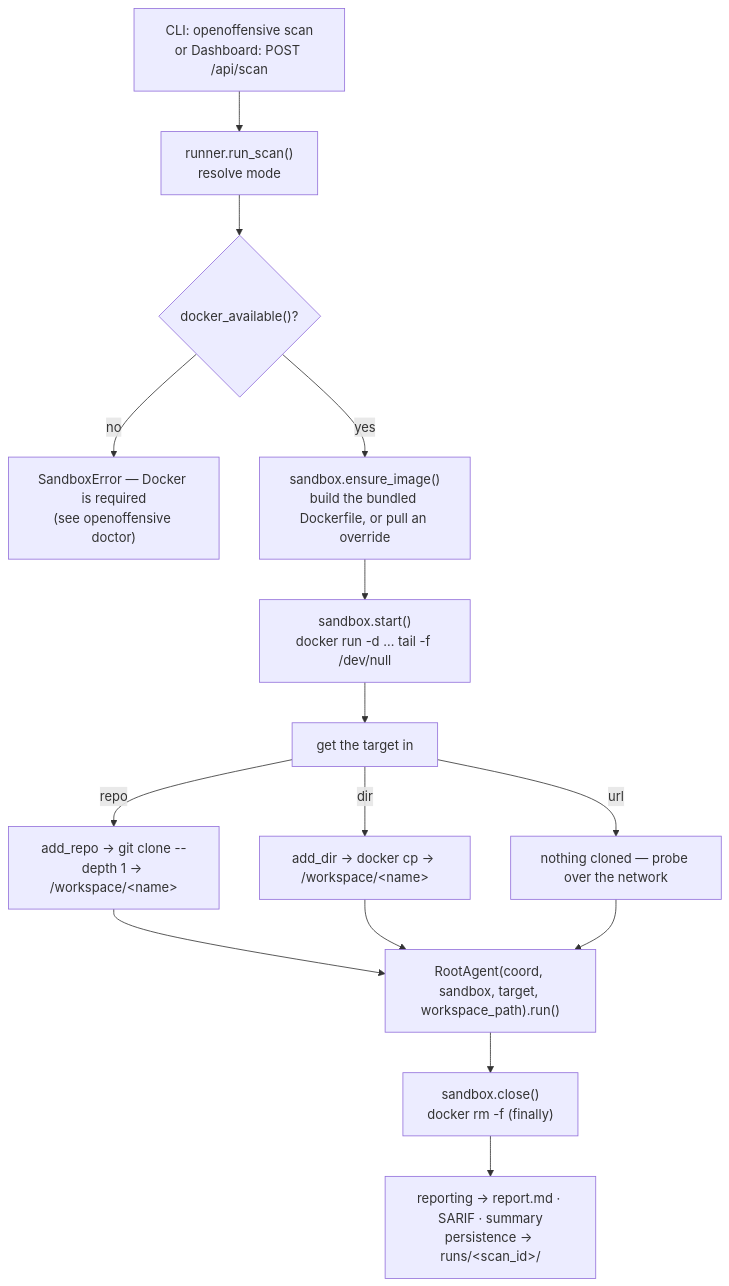
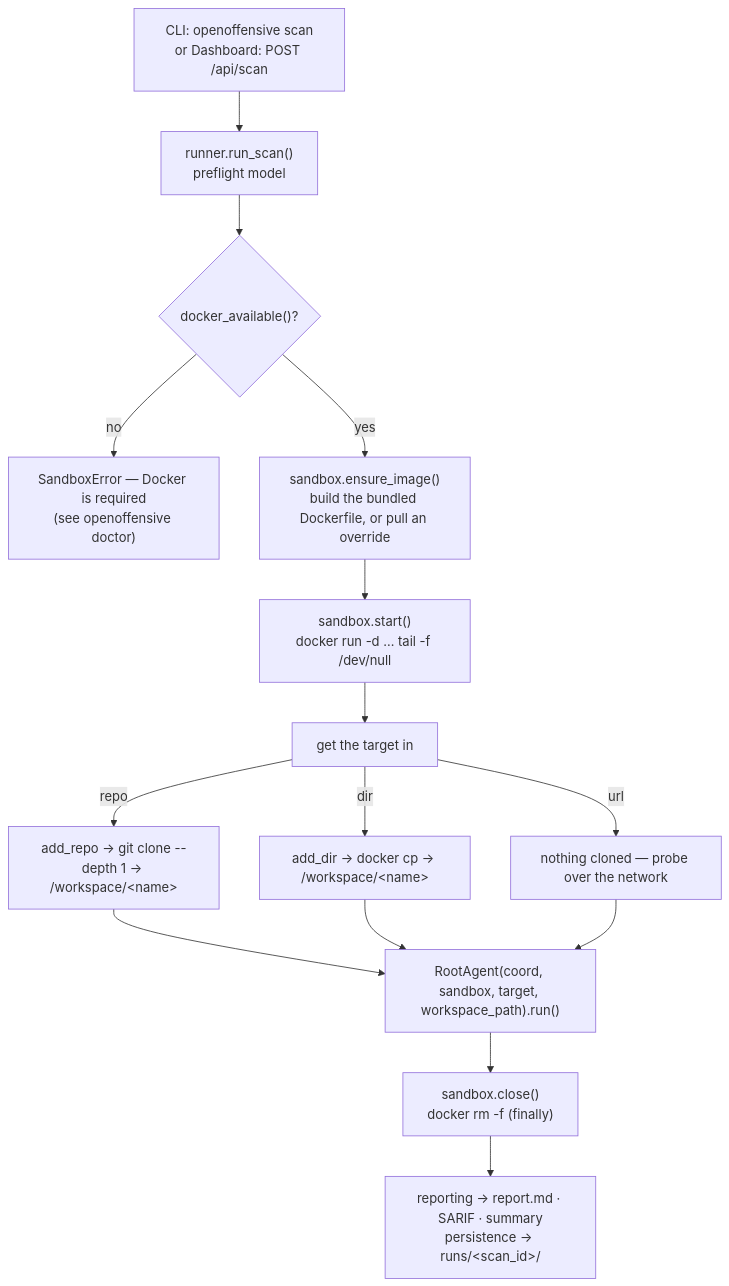
Before and after one commit to Ifthikar20/open-offensive: the first of 3 diagrams in docs/ARCHITECTURE.md, drawn with Mermaid. The commit also changed other lines of this file and 10 other files, not shown here.

````diff
--- a/docs/ARCHITECTURE.md
+++ b/docs/ARCHITECTURE.md
@@ -18,20 +18,20 @@
 ```mermaid
 flowchart TD
-    ENTRY["CLI: openoffensive scan<br/>or Dashboard: POST /api/scan"] --> RUN["runner.run_scan()<br/>resolve mode"]
+    ENTRY["CLI: openoffensive scan<br/>or Dashboard: POST /api/scan"] --> RUN["runner.run_scan()<br/>preflight model"]
     RUN --> PRE{"docker_available()?"}
     PRE -->|no| FAIL["SandboxError — Docker is required<br/>(see openoffensive doctor)"]
     PRE -->|yes| IMG["sandbox.ensure_image()<br/>build the bundled Dockerfile, or pull an override"]
     IMG --> START["sandbox.start()<br/>docker run -d … tail -f /dev/null"]
     START --> GET["get the target in"]
 
     GET -->|repo| CLONE["add_repo → git clone --depth 1 → /workspace/&lt;name&gt;"]
     GET -->|dir| CP["add_dir → docker cp → /workspace/&lt;name&gt;"]
     GET -->|url| NET["nothing cloned — probe over the network"]
 
     CLONE --> ROOT
     CP --> ROOT
     NET --> ROOT["RootAgent(coord, sandbox, target, workspace_path).run()"]
 
     ROOT --> CLOSE["sandbox.close()<br/>docker rm -f (finally)"]
     CLOSE --> PERSIST["reporting → report.md · SARIF · summary<br/>persistence → runs/&lt;scan_id&gt;/"]
 ```
````
